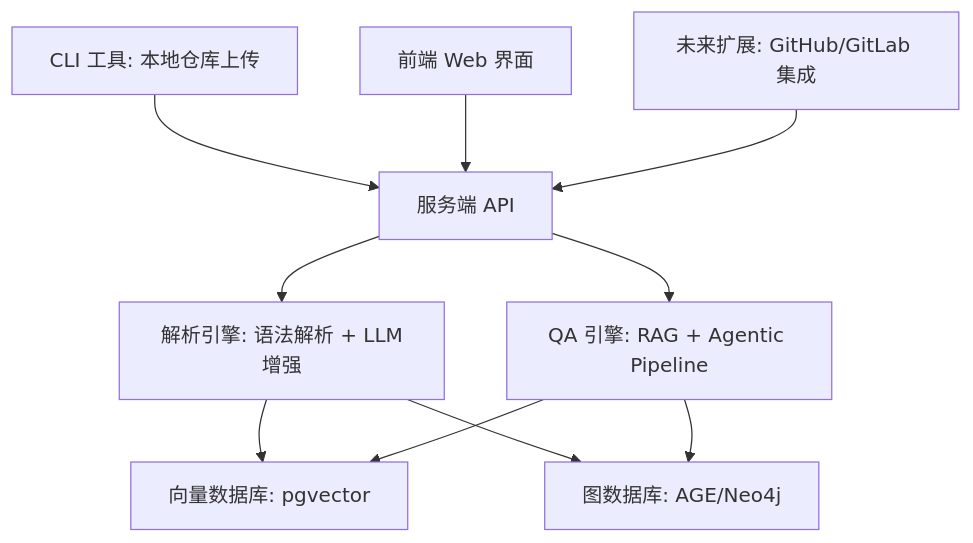
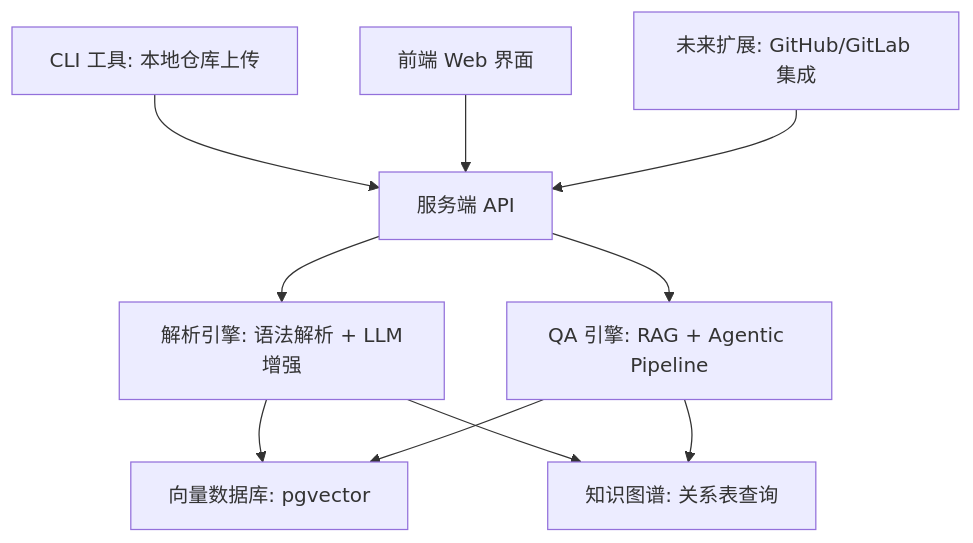
The diagram in README.md (yourtion/CodeAtlas), drawn with Mermaid before and after one commit. The commit also changed other lines of this file and 37 other files, not shown here.

First line of the commit message:
refactor: 移除 Apache AGE，代码知识图谱改用关系表查询

````diff
--- a/README.md
+++ b/README.md
@@ -34,12 +34,12 @@
 ```mermaid
 flowchart TD
     CLI[CLI 工具: 本地仓库上传] --> API[服务端 API]
     API --> Parser[解析引擎: 语法解析 + LLM增强]
     Parser --> VectorDB[向量数据库: pgvector]
-    Parser --> GraphDB[图数据库: AGE/Neo4j]
+    Parser --> GraphDB[知识图谱: 关系表查询]
     API --> QAEngine[QA 引擎: RAG + Agentic Pipeline]
     QAEngine --> VectorDB
     QAEngine --> GraphDB
     UI[前端 Web 界面] --> API
     Notes[未来扩展: GitHub/GitLab 集成] --> API
 ```
````
